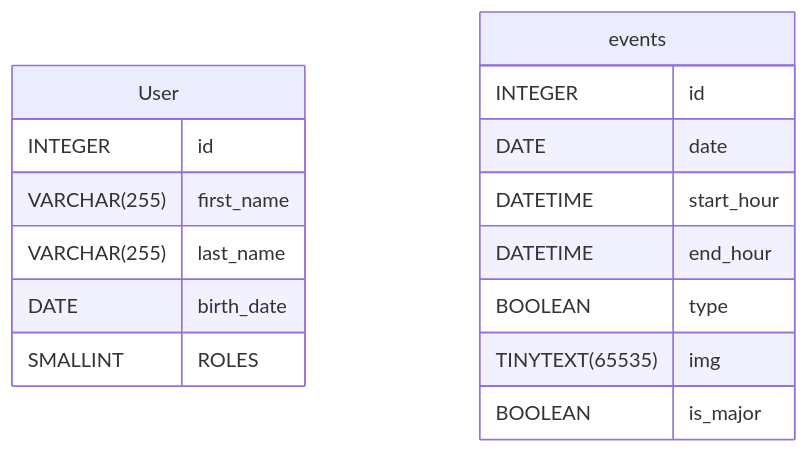
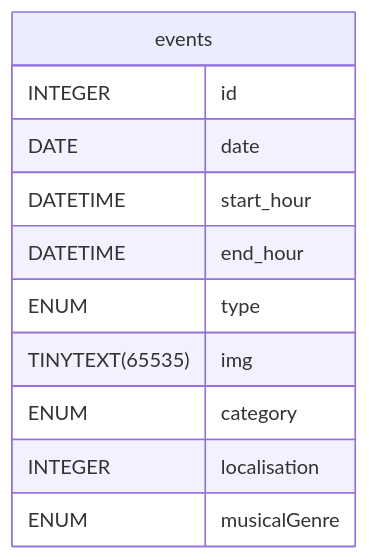
One commit to Electric-Vibes/Doc changed the diagram in readme.md. Above: the diagram before and after it, drawn with Mermaid. The commit also changed other lines of this file, not shown here.

````diff
--- a/readme.md
+++ b/readme.md
@@ -154,20 +140,14 @@
 ```mermaid
 erDiagram
-	User {
-		INTEGER id
-		VARCHAR(255) first_name
-		VARCHAR(255) last_name
-		DATE birth_date
-		SMALLINT ROLES
-	}
-
 	events {
 		INTEGER id
 		DATE date
 		DATETIME start_hour
 		DATETIME end_hour
-		BOOLEAN type
+		ENUM type
 		TINYTEXT(65535) img
-		BOOLEAN is_major
+		ENUM category
+		INTEGER localisation
+		ENUM musicalGenre
 	}
 ```
````
